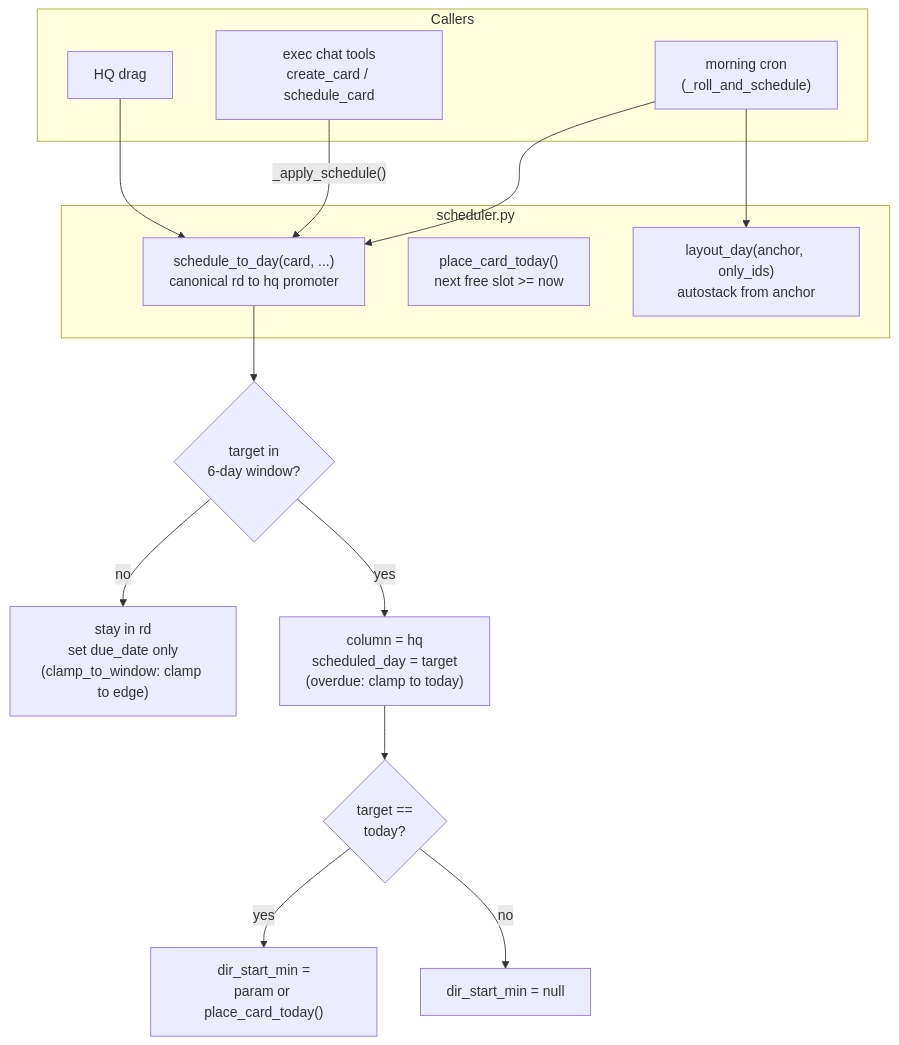
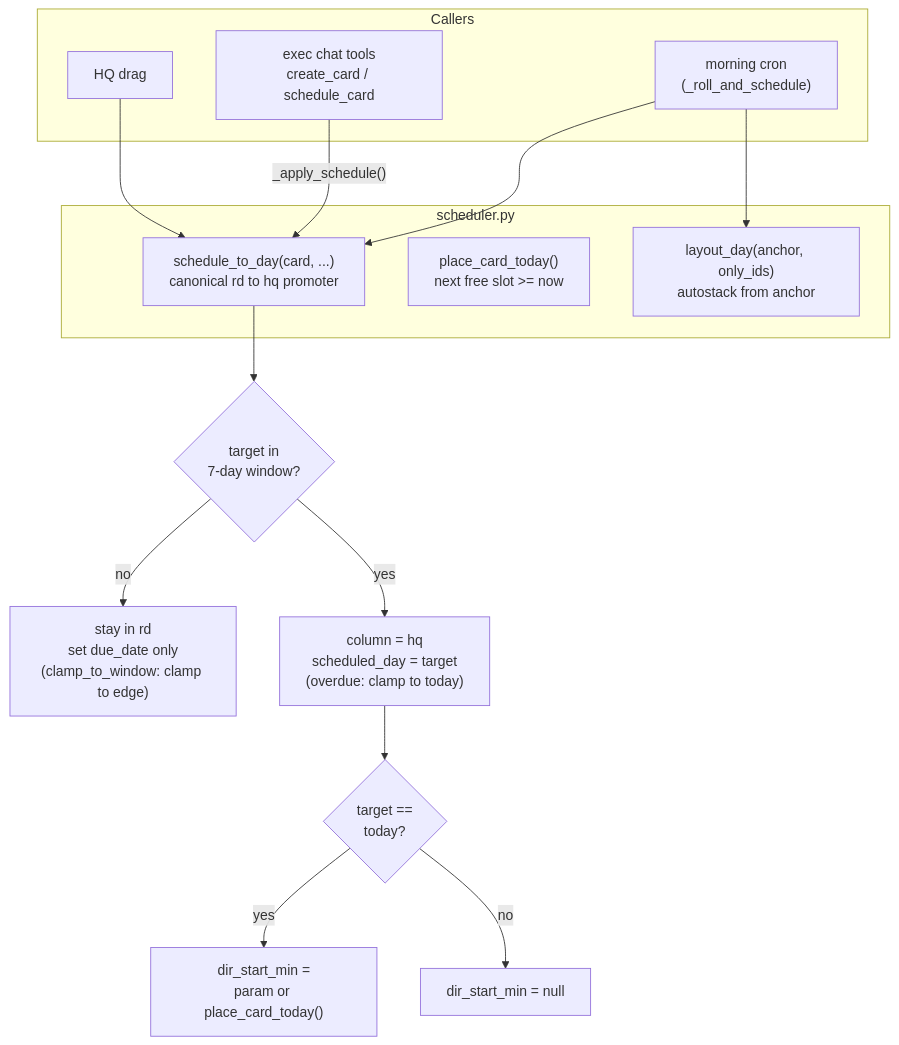
Before and after one commit to wai-lau/exec-fn: the fourth of 6 diagrams in ARCHITECTURE.md, drawn with Mermaid. The commit also changed other lines of this file and 1 other file, not shown here.

First line of the commit message:
docs: correct scheduler window to 7-day; HQ casing

````diff
--- a/ARCHITECTURE.md
+++ b/ARCHITECTURE.md
@@ -190,26 +190,26 @@
 ```mermaid
 flowchart TB
   subgraph entry["Callers"]
     morning["morning cron<br/>(_roll_and_schedule)"]
     execchat["exec chat tools<br/>create_card / schedule_card"]
     hq["HQ drag"]
   end
 
   subgraph sched["scheduler.py"]
     s2d["schedule_to_day(card, ...)<br/>canonical rd to hq promoter"]
     place["place_card_today()<br/>next free slot >= now"]
     layout["layout_day(anchor, only_ids)<br/>autostack from anchor"]
   end
 
   morning --> s2d
   morning --> layout
   execchat -->|"_apply_schedule()"| s2d
   hq --> s2d
 
-  s2d --> decide{"target in<br/>6-day window?"}
+  s2d --> decide{"target in<br/>7-day window?"}
   decide -->|"no"| outwin["stay in rd<br/>set due_date only<br/>(clamp_to_window: clamp to edge)"]
   decide -->|"yes"| inwin["column = hq<br/>scheduled_day = target<br/>(overdue: clamp to today)"]
   inwin --> istoday{"target ==<br/>today?"}
   istoday -->|"yes"| setmin["dir_start_min =<br/>param or place_card_today()"]
   istoday -->|"no"| clearmin["dir_start_min = null"]
 ```
````
